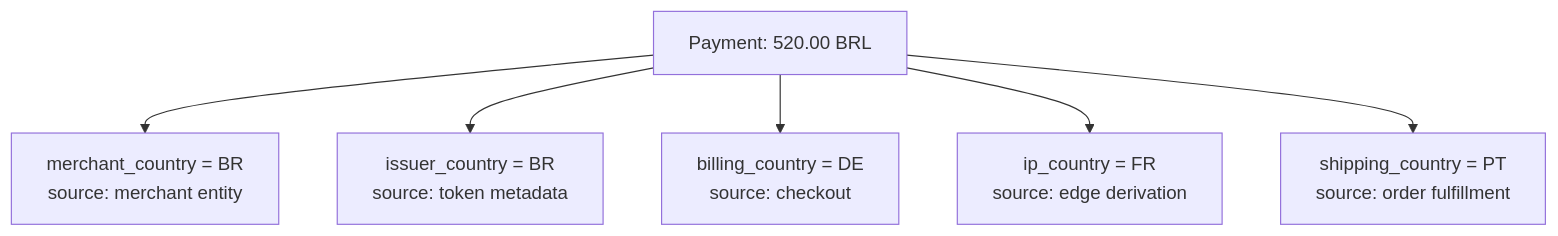
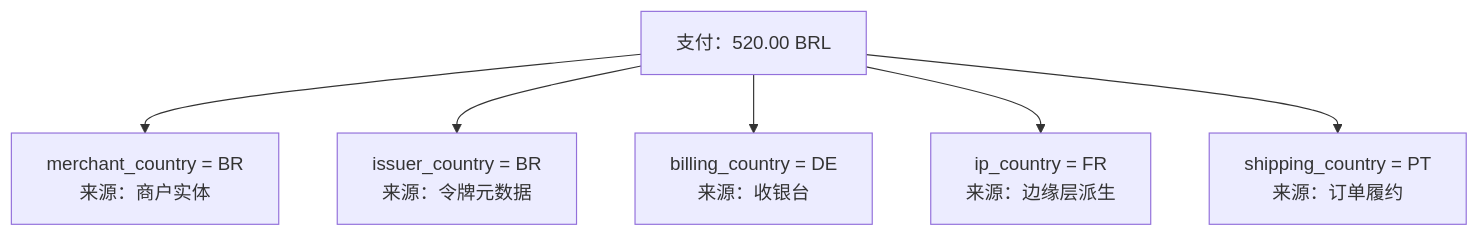
The second of 4 diagrams in part-2-routing-engine/routing-context.md (YouEclipse/Designing-Modern-Payment-Systems), drawn with Mermaid before and after one commit. The commit also changed other lines of this file and 59 other files, not shown here.

````diff
--- a/part-2-routing-engine/routing-context.md
+++ b/part-2-routing-engine/routing-context.md
@@ -124,9 +124,9 @@
 ```mermaid
 flowchart TB
-    Payment["Payment: 520.00 BRL"]
-    Payment --> MerchantCountry["merchant_country = BR<br/>source: merchant entity"]
-    Payment --> IssuerCountry["issuer_country = BR<br/>source: token metadata"]
-    Payment --> BillingCountry["billing_country = DE<br/>source: checkout"]
-    Payment --> IPCountry["ip_country = FR<br/>source: edge derivation"]
-    Payment --> ShippingCountry["shipping_country = PT<br/>source: order fulfillment"]
+    Payment["支付：520.00 BRL"]
+    Payment --> MerchantCountry["merchant_country = BR<br/>来源：商户实体"]
+    Payment --> IssuerCountry["issuer_country = BR<br/>来源：令牌元数据"]
+    Payment --> BillingCountry["billing_country = DE<br/>来源：收银台"]
+    Payment --> IPCountry["ip_country = FR<br/>来源：边缘层派生"]
+    Payment --> ShippingCountry["shipping_country = PT<br/>来源：订单履约"]
 ```
````
